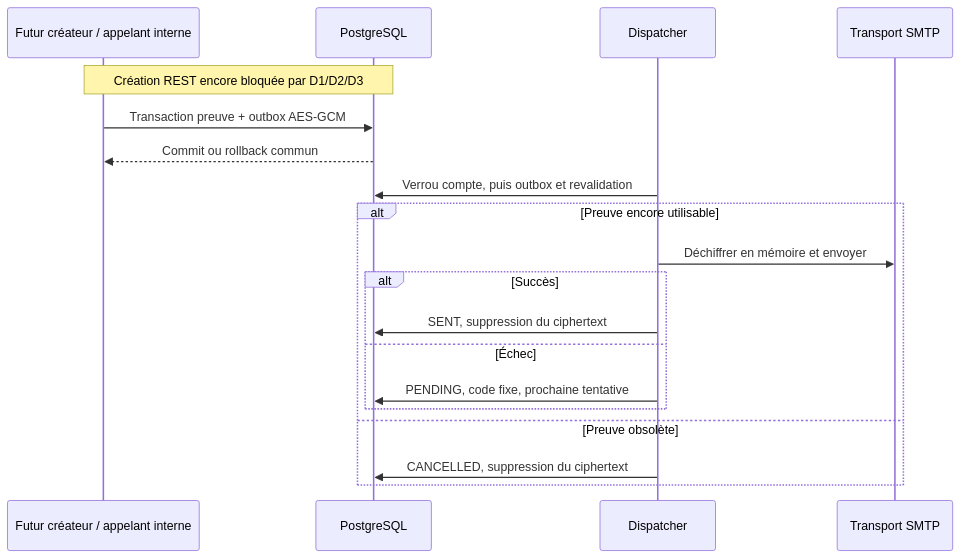
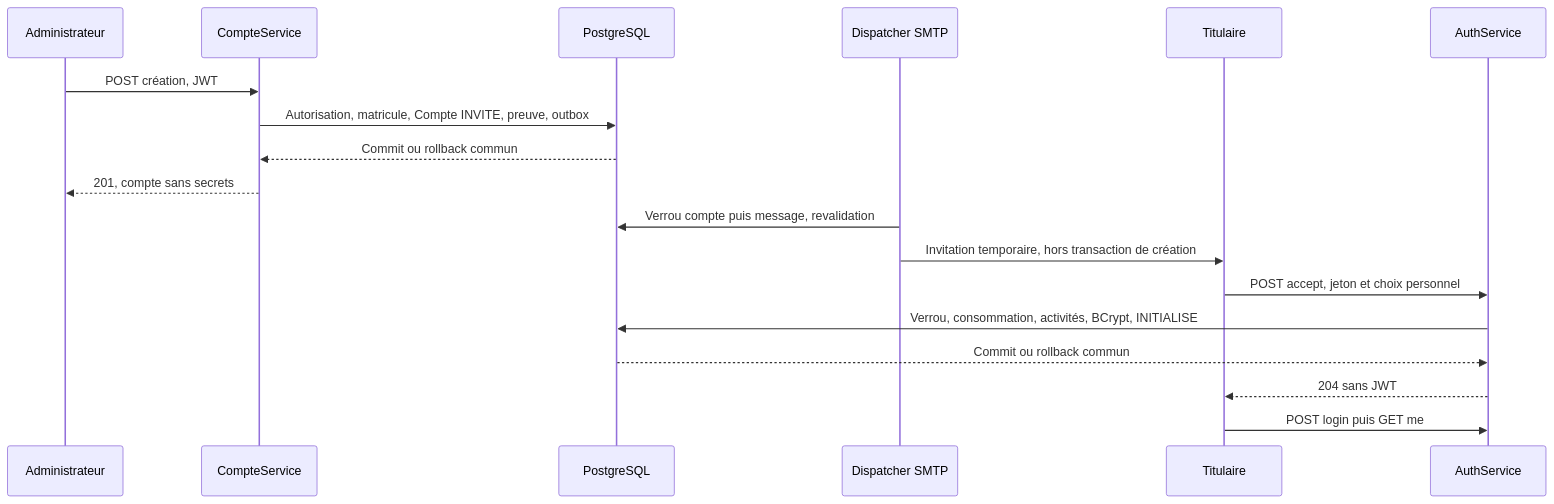
Before and after one commit to Zoom225/Gestion-covoiturage: the second of 3 diagrams in docs/gestion-comptes/parcours-invitations-preparation.md, drawn with Mermaid. The commit also changed other lines of this file and 28 other files, not shown here.

````diff
--- a/docs/gestion-comptes/parcours-invitations-preparation.md
+++ b/docs/gestion-comptes/parcours-invitations-preparation.md
@@ -83,21 +112,20 @@
 ```mermaid
 sequenceDiagram
-    participant C as Futur créateur / appelant interne
+    participant A as Administrateur
+    participant C as CompteService
     participant P as PostgreSQL
-    participant W as Dispatcher
-    participant S as Transport SMTP
-    Note over C,P: Création REST encore bloquée par D1/D2/D3
-    C->>P: Transaction preuve + outbox AES-GCM
+    participant W as Dispatcher SMTP
+    participant U as Titulaire
+    participant S as AuthService
+    A->>C: POST création, JWT
+    C->>P: Autorisation, matricule, Compte INVITE, preuve, outbox
     P-->>C: Commit ou rollback commun
-    W->>P: Verrou compte, puis outbox et revalidation
-    alt Preuve encore utilisable
-        W->>S: Déchiffrer en mémoire et envoyer
-        alt Succès
-            W->>P: SENT, suppression du ciphertext
-        else Échec
-            W->>P: PENDING, code fixe, prochaine tentative
-        end
-    else Preuve obsolète
-        W->>P: CANCELLED, suppression du ciphertext
-    end
+    C-->>A: 201, compte sans secrets
+    W->>P: Verrou compte puis message, revalidation
+    W->>U: Invitation temporaire, hors transaction de création
+    U->>S: POST accept, jeton et choix personnel
+    S->>P: Verrou, consommation, activités, BCrypt, INITIALISE
+    P-->>S: Commit ou rollback commun
+    S-->>U: 204 sans JWT
+    U->>S: POST login puis GET me
 ```
````
